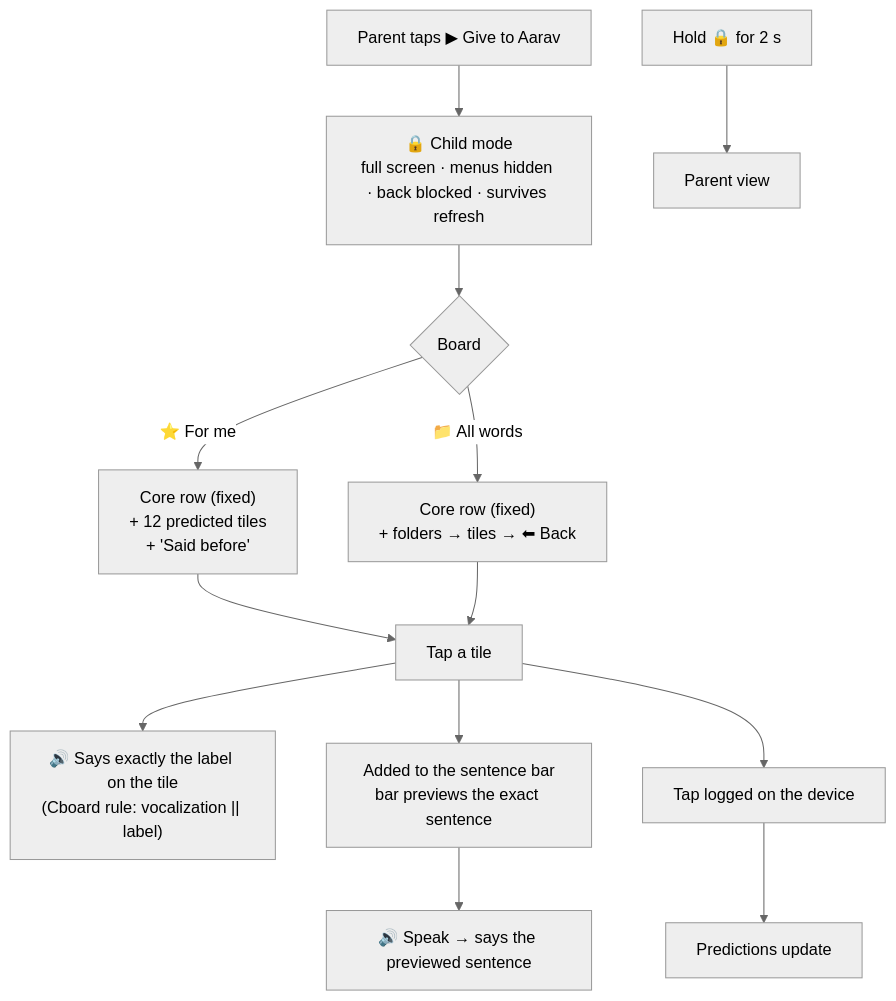
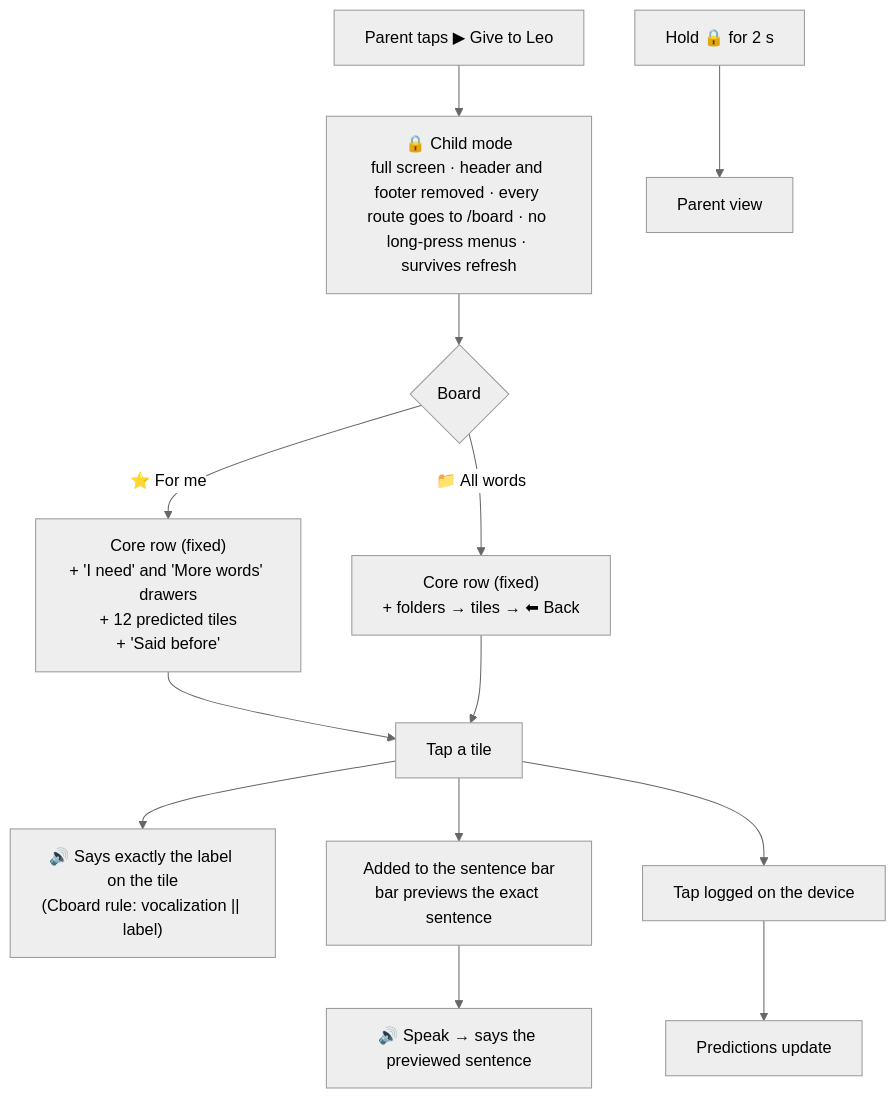
The fourth of 5 diagrams in docs/ARCHITECTURE.md (sonalverdtu/hometiles), drawn with Mermaid (neutral theme) before and after one commit. The commit also changed other lines of this file and 2 other files, not shown here.

Commit message:
Docs: architecture, SRS v1.2 and Devpost updated for English default, temperament, age-aware safety screen, verified local snacks, child-lock and privacy changes; AI-alone vs Qloo results

````diff
--- a/docs/ARCHITECTURE.md
+++ b/docs/ARCHITECTURE.md
@@ -136,15 +182,15 @@
 ```mermaid
 flowchart TB
-    G["Parent taps ▶ Give to Aarav"] --> LOCK["🔒 Child mode<br/>full screen · menus hidden · back blocked · survives refresh"]
+    G["Parent taps ▶ Give to Leo"] --> LOCK["🔒 Child mode<br/>full screen · header and footer removed · every route goes to /board · no long-press menus · survives refresh"]
     LOCK --> TABS{"Board"}
-    TABS -->|"⭐ For me"| SMART["Core row (fixed)<br/>+ 12 predicted tiles<br/>+ 'Said before'"]
+    TABS -->|"⭐ For me"| SMART["Core row (fixed)<br/>+ 'I need' and 'More words' drawers<br/>+ 12 predicted tiles<br/>+ 'Said before'"]
     TABS -->|"📁 All words"| CLASSIC["Core row (fixed)<br/>+ folders → tiles → ⬅ Back"]
     SMART --> TAP["Tap a tile"]
     CLASSIC --> TAP
     TAP --> SAY["🔊 Says exactly the label on the tile<br/>(Cboard rule: vocalization || label)"]
     TAP --> BAR["Added to the sentence bar<br/>bar previews the exact sentence"]
     BAR --> SPK["🔊 Speak → says the previewed sentence"]
     TAP --> LOG["Tap logged on the device"]
     LOG --> PRED["Predictions update"]
     EXIT["Hold 🔒 for 2 s"] --> PARENT["Parent view"]
 ```
````
